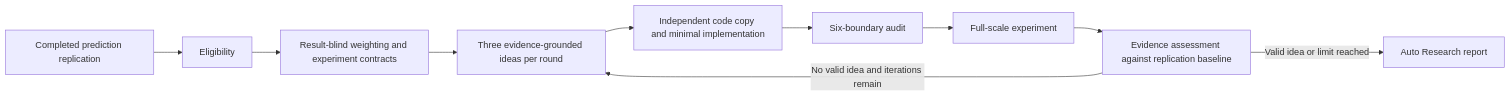
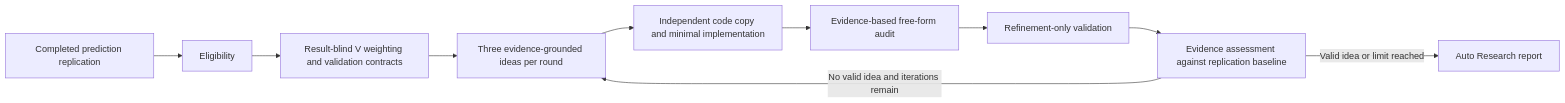
One commit to ruihanxx/medai changed the second of 4 diagrams in README.md. Above: the diagram before and after it, drawn with Mermaid. The commit also changed other lines of this file and 19 other files, not shown here.

Commit message:
docs: finalize claim graph migration

```diff
--- a/README.md
+++ b/README.md
@@ -261,12 +261,12 @@
 ~~~mermaid
 flowchart LR
     A[Completed prediction replication] --> B[Eligibility]
-    B --> C[Result-blind weighting and experiment contracts]
+    B --> C[Result-blind V weighting and validation contracts]
     C --> D[Three evidence-grounded ideas per round]
     D --> E[Independent code copy and minimal implementation]
-    E --> F[Six-boundary audit]
-    F --> G[Full-scale experiment]
+    E --> F[Evidence-based free-form audit]
+    F --> G[Refinement-only validation]
     G --> H[Evidence assessment against replication baseline]
     H -->|No valid idea and iterations remain| D
     H -->|Valid idea or limit reached| I[Auto Research report]
 ~~~
```
